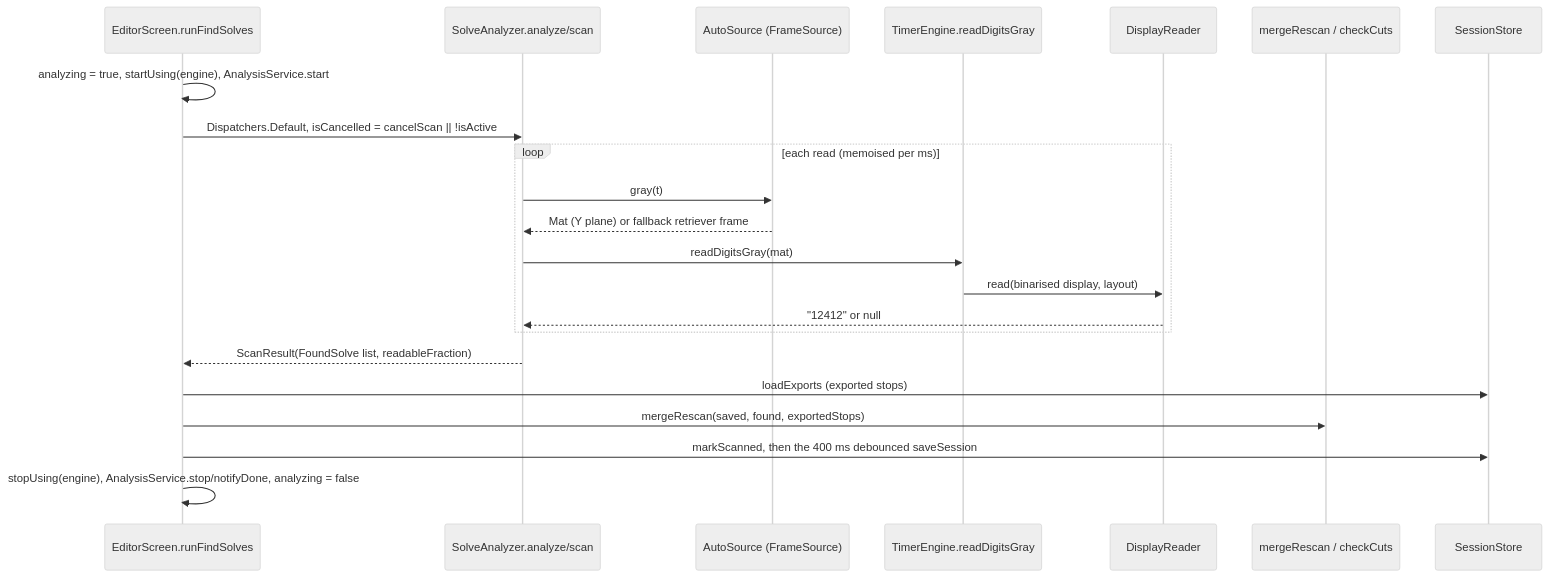
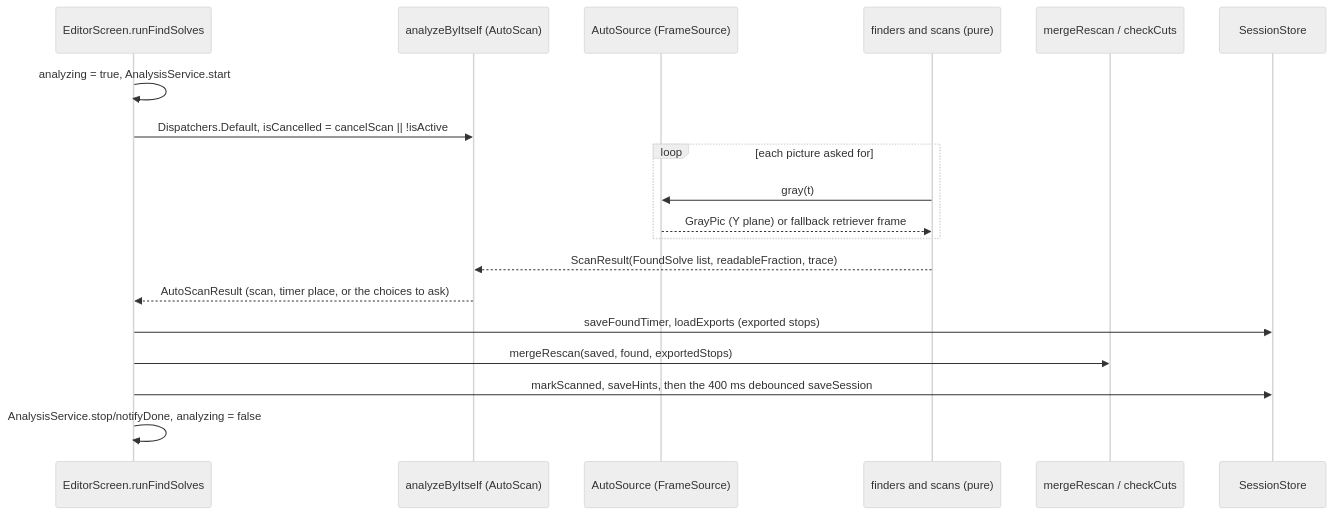
One commit to justinihil/CubeCut changed the fourth of 5 diagrams in ARCHITECTURE.md. Above: the diagram before and after it, drawn with Mermaid (neutral theme). The commit also changed other lines of this file and 38 other files, not shown here.

````diff
--- a/ARCHITECTURE.md
+++ b/ARCHITECTURE.md
@@ -89,24 +82,21 @@
 ```mermaid
 sequenceDiagram
   participant E as EditorScreen.runFindSolves
-  participant S as SolveAnalyzer.analyze/scan
+  participant A as analyzeByItself (AutoScan)
   participant F as AutoSource (FrameSource)
-  participant T as TimerEngine.readDigitsGray
-  participant R as DisplayReader
+  participant P as finders and scans (pure)
   participant M as mergeRescan / checkCuts
   participant DB as SessionStore
-  E->>E: analyzing = true, startUsing(engine), AnalysisService.start
-  E->>S: Dispatchers.Default, isCancelled = cancelScan || !isActive
-  loop each read (memoised per ms)
-    S->>F: gray(t)
-    F-->>S: Mat (Y plane) or fallback retriever frame
-    S->>T: readDigitsGray(mat)
-    T->>R: read(binarised display, layout)
-    R-->>S: "12412" or null
+  E->>E: analyzing = true, AnalysisService.start
+  E->>A: Dispatchers.Default, isCancelled = cancelScan || !isActive
+  loop each picture asked for
+    P->>F: gray(t)
+    F-->>P: GrayPic (Y plane) or fallback retriever frame
   end
-  S-->>E: ScanResult(FoundSolve list, readableFraction)
-  E->>DB: loadExports (exported stops)
+  P-->>A: ScanResult(FoundSolve list, readableFraction, trace)
+  A-->>E: AutoScanResult (scan, timer place, or the choices to ask)
+  E->>DB: saveFoundTimer, loadExports (exported stops)
   E->>M: mergeRescan(saved, found, exportedStops)
-  E->>DB: markScanned, then the 400 ms debounced saveSession
-  E->>E: stopUsing(engine), AnalysisService.stop/notifyDone, analyzing = false
+  E->>DB: markScanned, saveHints, then the 400 ms debounced saveSession
+  E->>E: AnalysisService.stop/notifyDone, analyzing = false
 ```
````
